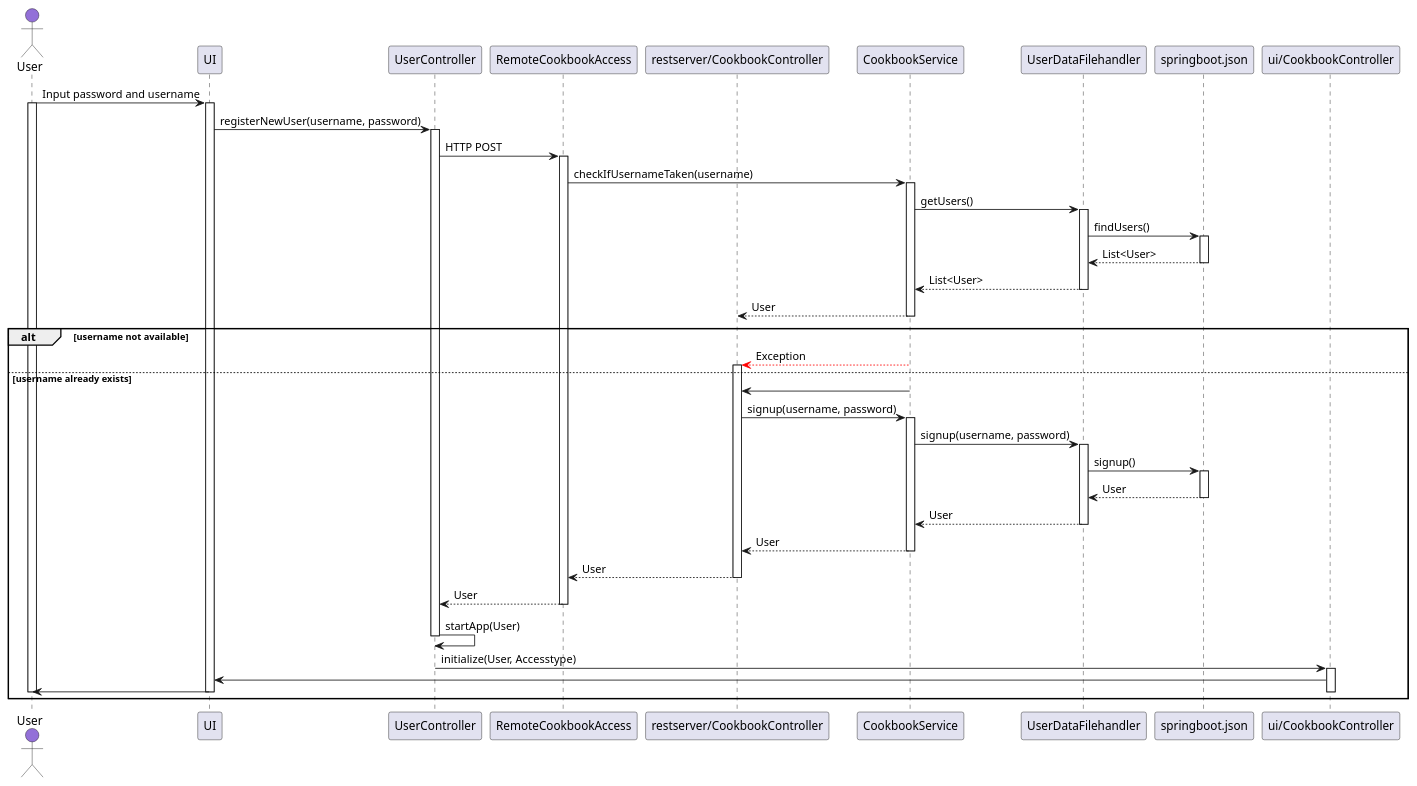
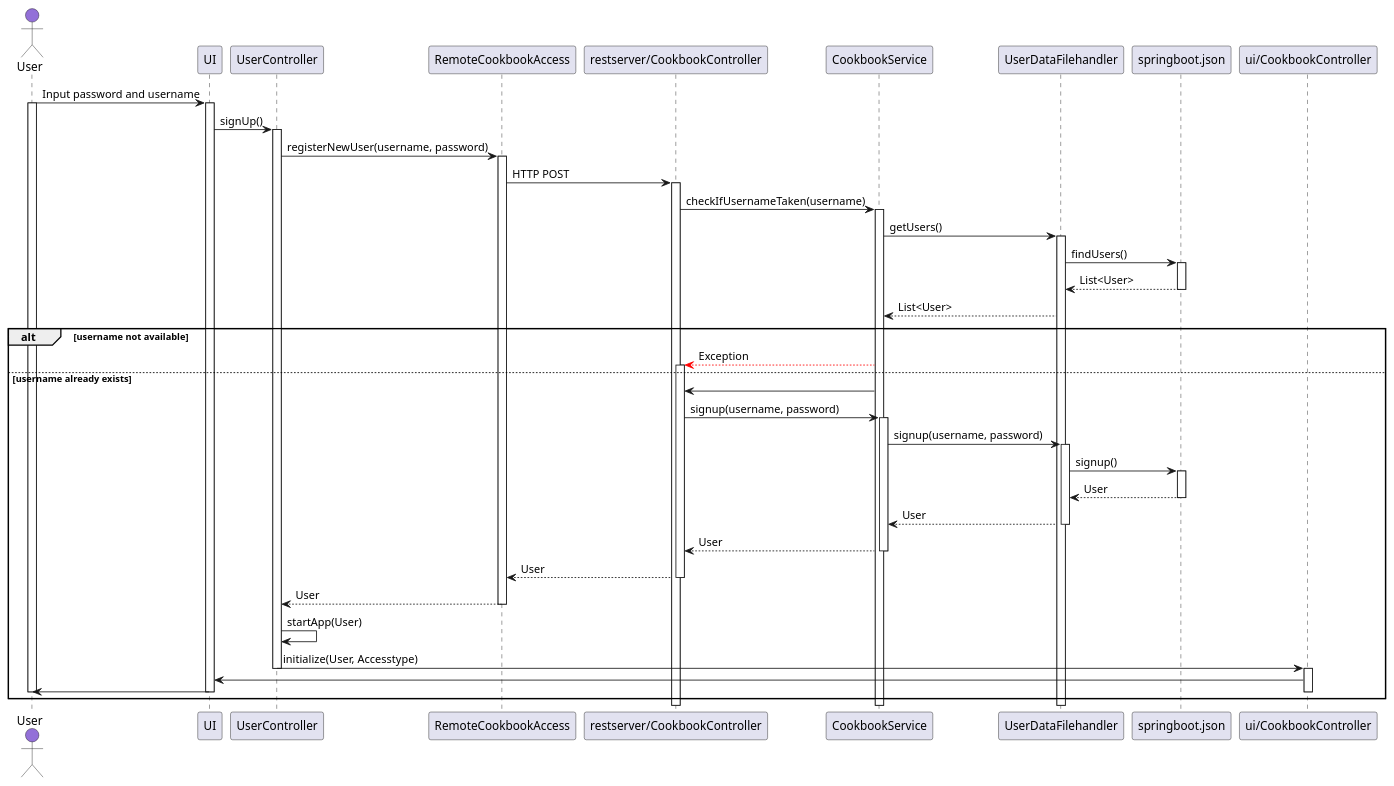
One commit to MadsJJ/Cookbook changed the diagram in cookbook/docs/release3/Diagrams/SequenceDiagram.puml. Above: the diagram before and after it, drawn with PlantUML. The commit also changed 6 other files, not shown here.

Commit message:
Corrected the sequence diagram and wrote description in readme Fixed #69

```diff
--- a/cookbook/docs/release3/Diagrams/SequenceDiagram.puml
+++ b/cookbook/docs/release3/Diagrams/SequenceDiagram.puml
@@ -1,66 +1,63 @@
 @startuml Sequence Diagram
 
 Actor User as user  #MediumPurple
 participant UI as ui 
 participant UserController as uc  
 participant RemoteCookbookAccess as rca 
 participant "restserver/CookbookController" as rcc  
 participant CookbookService as cs 
 participant UserDataFilehandler as udf  
 participant "springboot.json" as sbj 
 participant "ui/CookbookController" as ucc 
 
 user -> ui: Input password and username
 activate user
 activate ui
-
-ui -> uc: registerNewUser(username, password)
+ui -> uc: signUp()
 activate uc
-uc -> rca: HTTP POST
+uc -> rca: registerNewUser(username, password)
 activate rca
-rca -> cs: checkIfUsernameTaken(username)
+rca -> rcc: HTTP POST
+activate rcc
+rcc -> cs: checkIfUsernameTaken(username)
 activate cs
 cs -> udf: getUsers()
 activate udf
 udf -> sbj: findUsers()
 activate sbj
 sbj --> udf: List<User>
 deactivate sbj
 udf --> cs: List<User>
-deactivate udf
-cs --> rcc: User
-deactivate cs
-
 alt username not available
 cs -[#Red]-> rcc: Exception
 else username already exists 
 activate rcc
 cs -> rcc
 rcc -> cs: signup(username, password)
 activate cs
 cs -> udf: signup(username, password)
 activate udf
 udf -> sbj: signup()
 activate sbj
 sbj --> udf: User
 deactivate sbj
 udf --> cs: User
 deactivate udf
 cs --> rcc: User
 deactivate cs
 rcc --> rca: User
 deactivate rcc
 rca --> uc: User
 deactivate rca
 uc -> uc: startApp(User)
+uc -> ucc: initialize(User, Accesstype)
 deactivate uc
-uc -> ucc: initialize(User, Accesstype)
 activate ucc
 ucc -> ui
 ui -> user
 deactivate ucc
 deactivate ui
 deactivate user
 end
 
 @enduml
```
